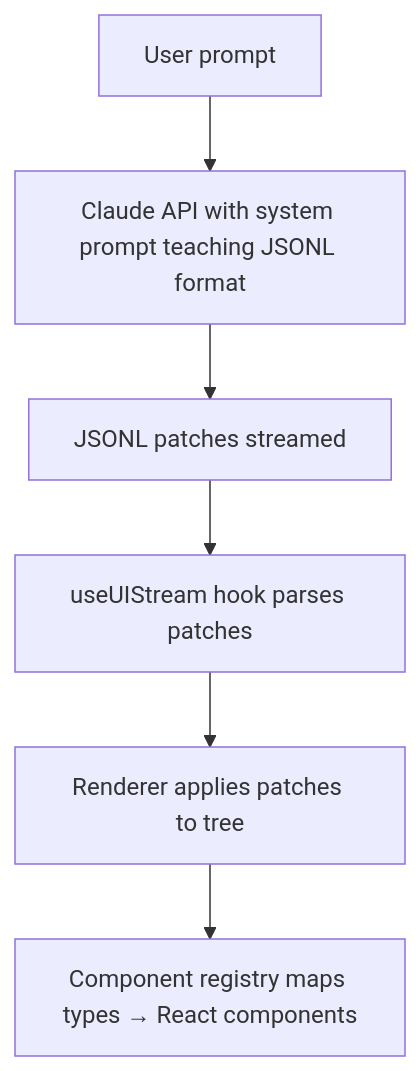
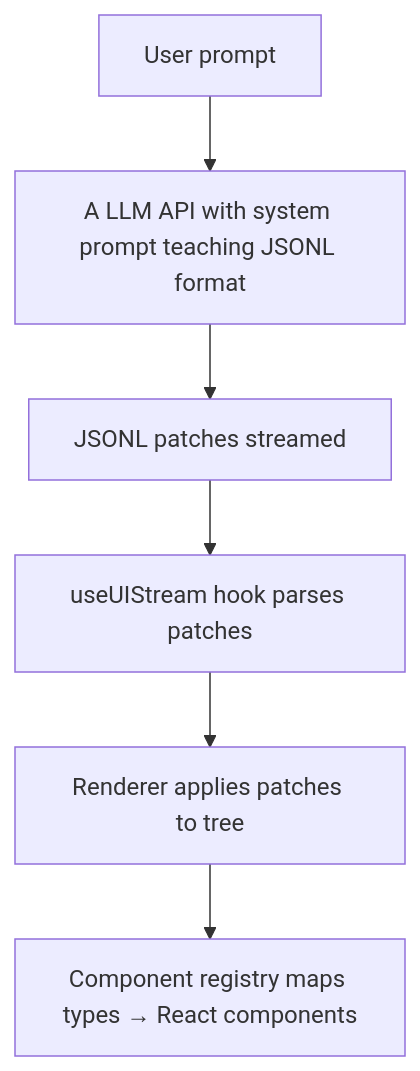
Before and after one commit to ubmit/ubmit.dev: the second of 2 diagrams in src/content/talks/from-prompts-to-predictable-user-interfaces.md, drawn with Mermaid. The commit also changed other lines of this file, not shown here.

````diff
--- a/src/content/talks/from-prompts-to-predictable-user-interfaces.md
+++ b/src/content/talks/from-prompts-to-predictable-user-interfaces.md
@@ -365,8 +345,8 @@
 ```mermaid
 graph TD
-    A[User prompt] --> B[Claude API with system prompt teaching JSONL format]
+    A[User prompt] --> B[A LLM API with system prompt teaching JSONL format]
     B --> C[JSONL patches streamed]
     C --> D[useUIStream hook parses patches]
     D --> E[Renderer applies patches to tree]
     E --> F[Component registry maps types → React components]
 ```
````
